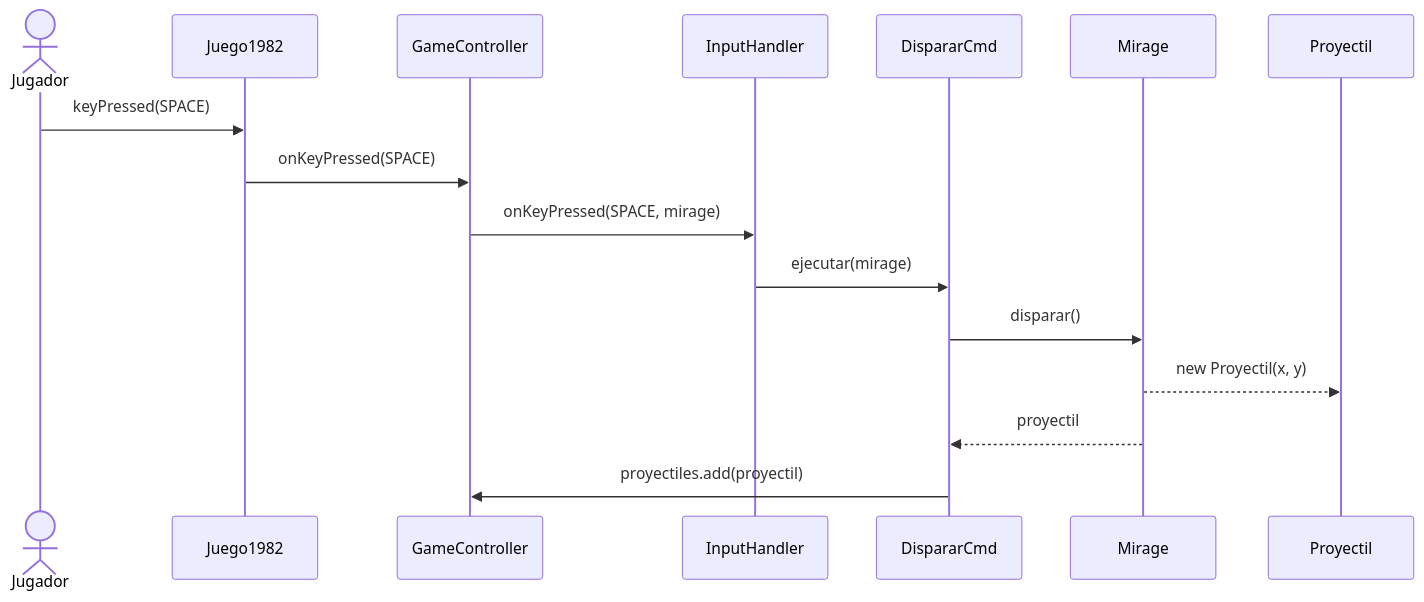
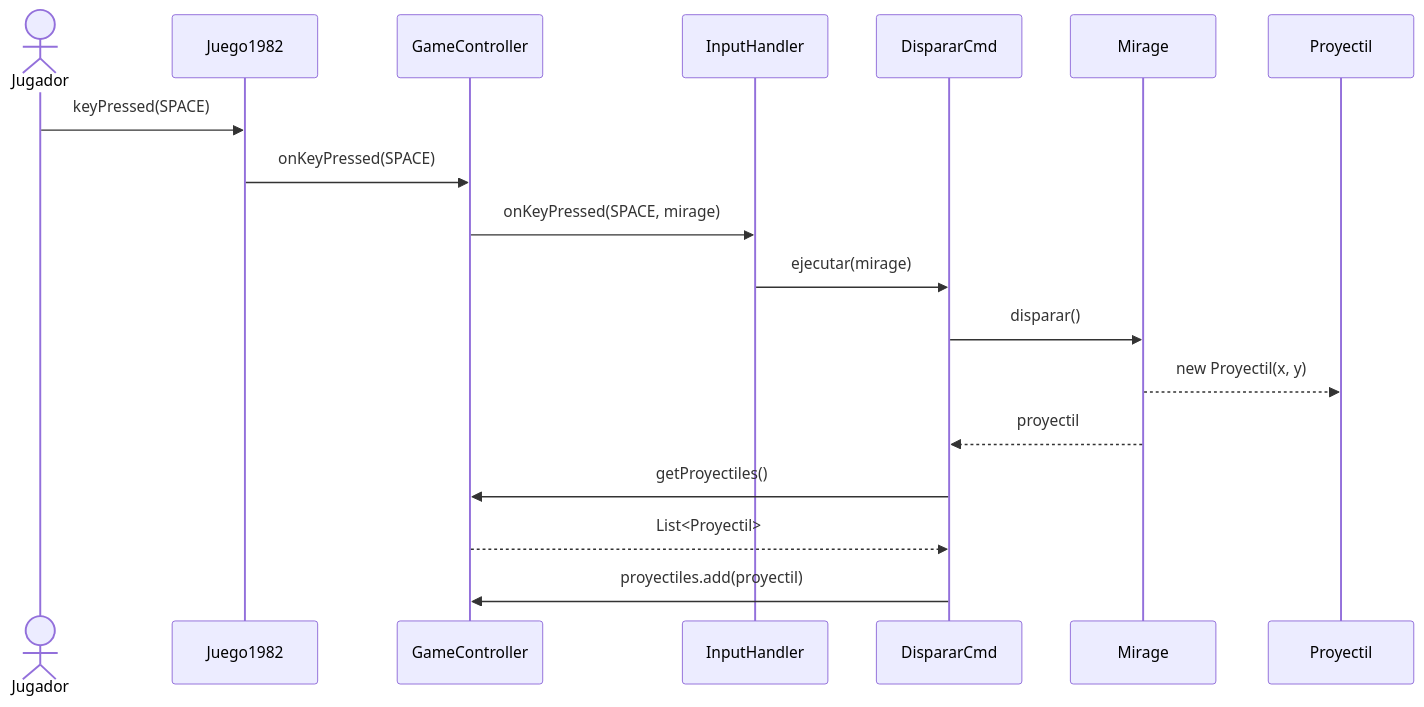
The third of 6 diagrams in docs/analisis/casos-de-uso.md (Christian-Rojas-Rodriguez/juego-1982), drawn with Mermaid before and after one commit.

Commit message:
CU disparar misil edit

````diff
--- a/docs/analisis/casos-de-uso.md
+++ b/docs/analisis/casos-de-uso.md
@@ -80,19 +80,21 @@
 ```mermaid
 sequenceDiagram
     actor Jugador
     participant Juego1982
     participant GameController
     participant InputHandler
     participant DispararCmd
     participant Mirage
     participant Proyectil
 
     Jugador->>Juego1982: keyPressed(SPACE)
     Juego1982->>GameController: onKeyPressed(SPACE)
     GameController->>InputHandler: onKeyPressed(SPACE, mirage)
     InputHandler->>DispararCmd: ejecutar(mirage)
     DispararCmd->>Mirage: disparar()
     Mirage-->>Proyectil: new Proyectil(x, y)
     Mirage-->>DispararCmd: proyectil
+    DispararCmd->>GameController: getProyectiles() 
+    GameController-->>DispararCmd: List<Proyectil>
     DispararCmd->>GameController: proyectiles.add(proyectil)
 ```
````
